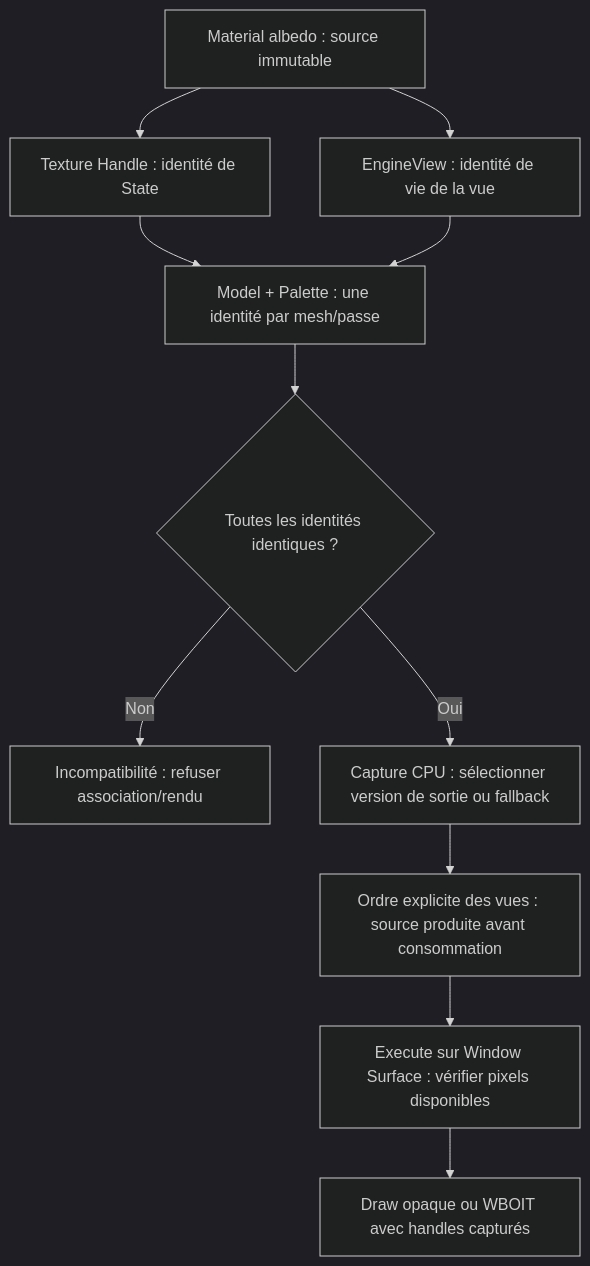
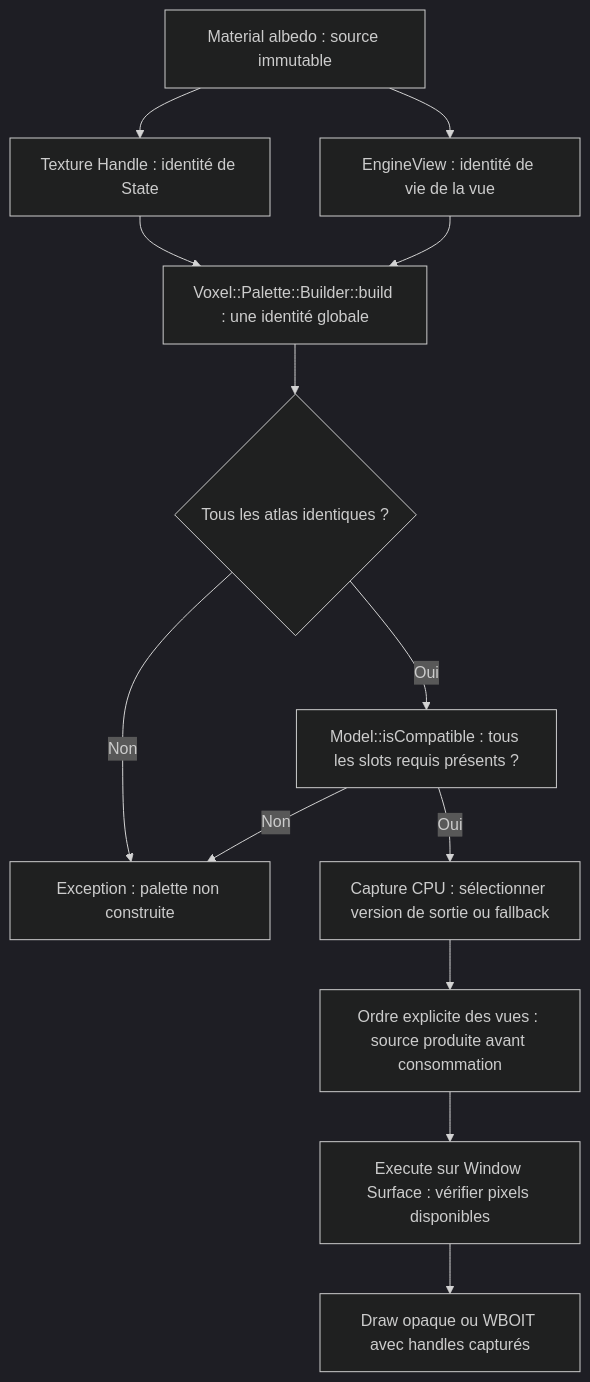
Before and after one commit to EreliaStudio/Sparkle: the third of 3 diagrams in docs/voxel-engine-v0.1.4/04-materiaux-textures-palettes.md, drawn with Mermaid (dark theme). The commit also changed other lines of this file, not shown here.

Commit message:
PR-07: document single albedo atlas for entire voxel palette, checked on build

````diff
--- a/docs/voxel-engine-v0.1.4/04-materiaux-textures-palettes.md
+++ b/docs/voxel-engine-v0.1.4/04-materiaux-textures-palettes.md
@@ -242,13 +241,15 @@
 ```mermaid
 flowchart TD
   Role["Material albedo : source immutable"] --> Static["Texture Handle : identité de State"]
   Role --> View["EngineView : identité de vie de la vue"]
-  Static --> Check["Model + Palette : une identité par mesh/passe"]
+  Static --> Check["Voxel::Palette::Builder::build : une identité globale"]
   View --> Check
-  Check --> Compatible{"Toutes les identités identiques ?"}
-  Compatible -->|Non| Error["Incompatibilité : refuser association/rendu"]
-  Compatible -->|Oui| Capture["Capture CPU : sélectionner version de sortie ou fallback"]
+  Check --> Compatible{"Tous les atlas identiques ?"}
+  Compatible -->|Non| Error["Exception : palette non construite"]
+  Compatible -->|Oui| Slots["Model::isCompatible : tous les slots requis présents ?"]
+  Slots -->|Non| Error
+  Slots -->|Oui| Capture["Capture CPU : sélectionner version de sortie ou fallback"]
   Capture --> Order["Ordre explicite des vues : source produite avant consommation"]
   Order --> Surface["Execute sur Window Surface : vérifier pixels disponibles"]
   Surface --> Draw["Draw opaque ou WBOIT avec handles capturés"]
 ```
````
